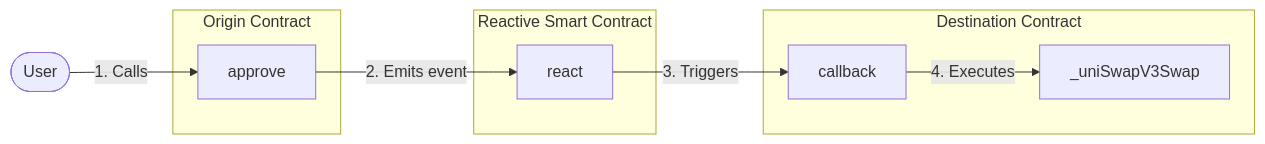
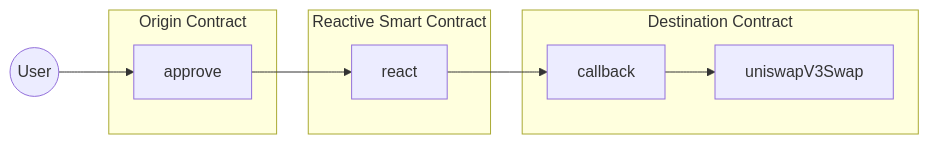
One commit to Reactive-Network/reactive-smart-contract-demos changed the diagram in src/demos/automated-one-step-swap/README.md. Above: the diagram before and after it, drawn with Mermaid. The commit also changed other lines of this file and 1858 other files, not shown here.

````diff
--- a/src/demos/automated-one-step-swap/README.md
+++ b/src/demos/automated-one-step-swap/README.md
@@ -17,20 +39,17 @@
 ```mermaid
-%%{ init: { 'flowchart': { 'curve': 'basis' } } }%%
-flowchart LR
-    User([User])
-    subgraph OC[Origin Contract]
-        Approve[approve]
+graph LR
+    User((User)) --> approve
+    subgraph Origin[Origin Contract]
+        approve
     end
-    subgraph RC[Reactive Smart Contract]
-        React[react]
+    subgraph Reactive[Reactive Smart Contract]
+        react
     end
-    subgraph DC[Destination Contract]
-        Callback[callback]
-        UniswapSwap[_uniSwapV3Swap]
+    subgraph Destination[Destination Contract]
+        callback
+        uniswapV3Swap
     end
-
-    User -->|1. Calls| Approve
-    Approve -->|2. Emits event| React
-    React -->|3. Triggers| Callback
-    Callback -->|4. Executes| UniswapSwap
+    approve --> react
+    react --> callback
+    callback --> uniswapV3Swap
 ```
````
